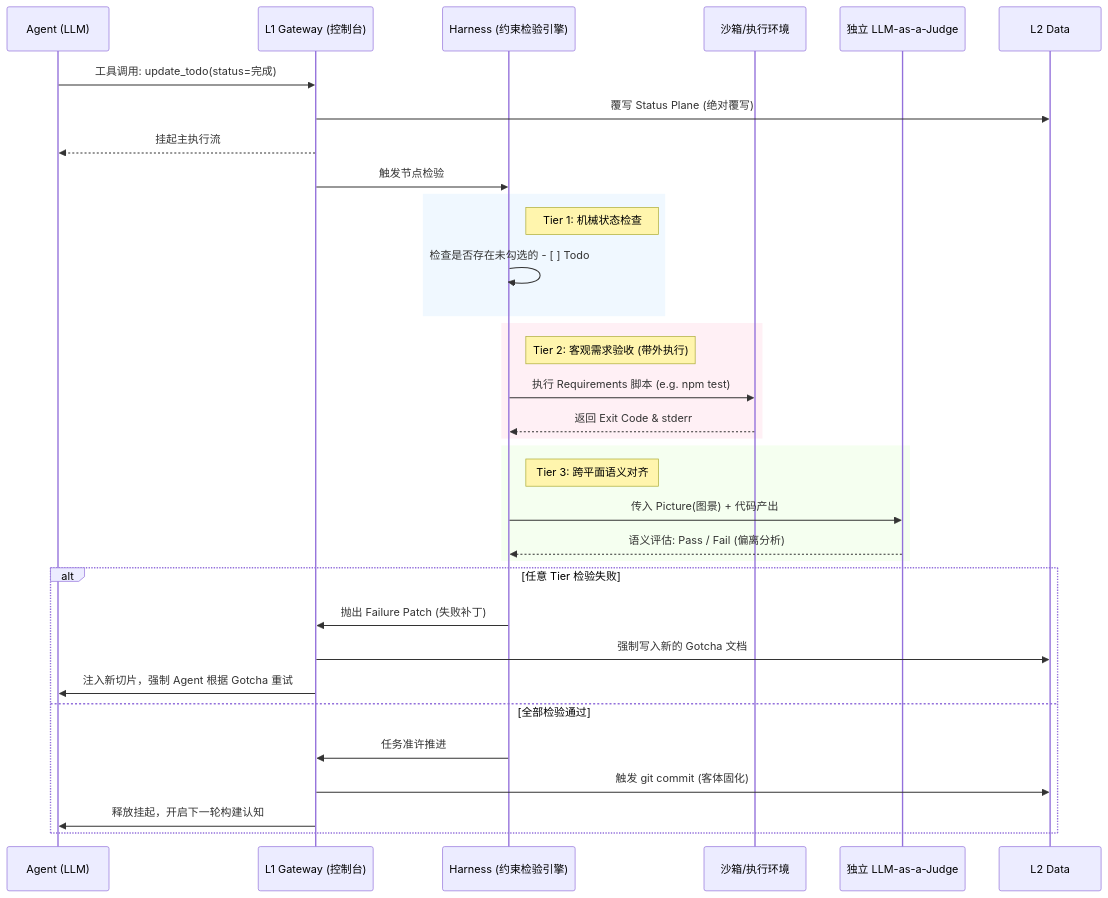
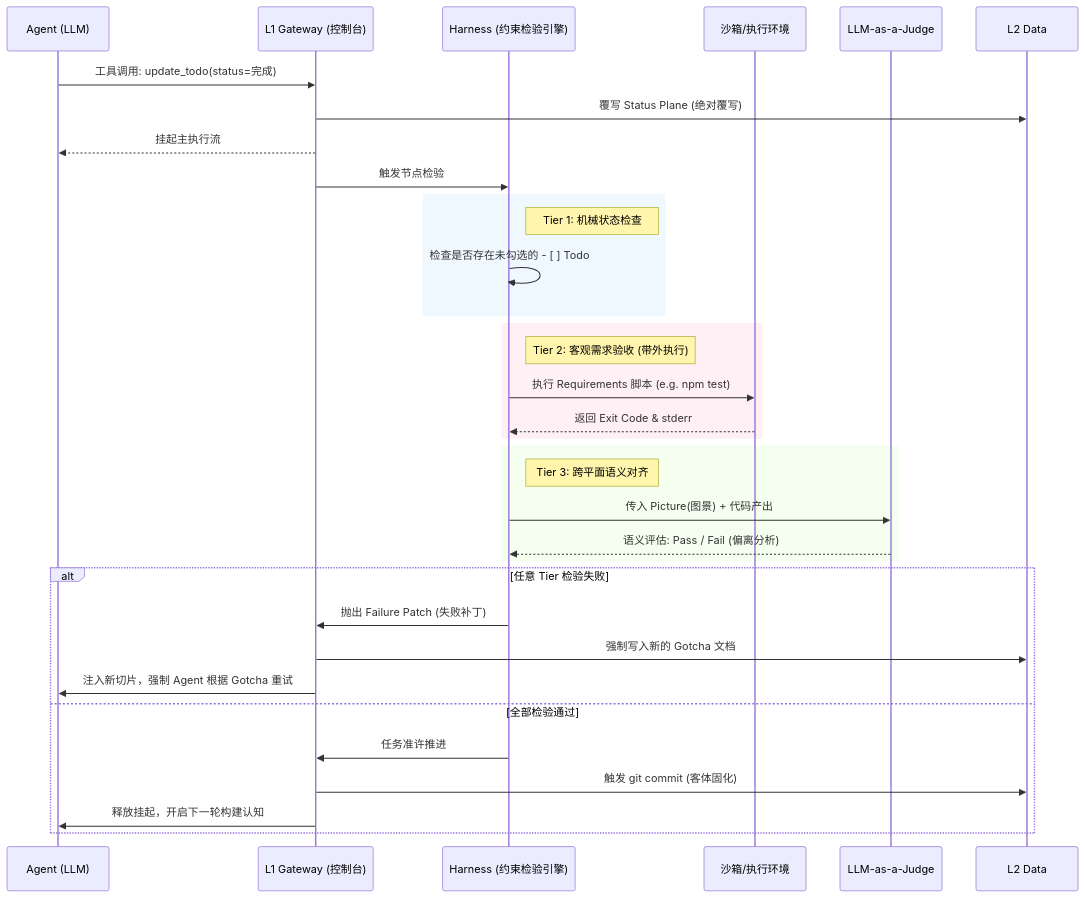
Before and after one commit to Lazyn0tBug/mem0ress: the fourth of 5 diagrams in docs/spec.md, drawn with Mermaid. The commit also changed other lines of this file, not shown here.

````diff
--- a/docs/spec.md
+++ b/docs/spec.md
@@ -361,41 +361,41 @@
 ```mermaid
 %% label：检验认知 (属性驱动的对齐验证)
 sequenceDiagram
     participant LLM as Agent (LLM)
     participant L1 as L1 Gateway (控制台)
     participant Harness as Harness (约束检验引擎)
     participant OS as 沙箱/执行环境
-    participant Judge as 独立 LLM-as-a-Judge
+    participant Judge as LLM-as-a-Judge
 
     LLM->>L1: 工具调用: update_todo(status=完成)
     L1->>L2 Data: 覆写 Status Plane (绝对覆写)
     L1-->>LLM: 挂起主执行流
     L1->>Harness: 触发节点检验
 
     rect rgb(240, 248, 255)
         note right of Harness: Tier 1: 机械状态检查
         Harness->>Harness: 检查是否存在未勾选的 - [ ] Todo
     end
 
     rect rgb(255, 240, 245)
         note right of Harness: Tier 2: 客观需求验收 (带外执行)
         Harness->>OS: 执行 Requirements 脚本 (e.g. npm test)
         OS-->>Harness: 返回 Exit Code & stderr
     end
 
     rect rgb(245, 255, 240)
         note right of Harness: Tier 3: 跨平面语义对齐
         Harness->>Judge: 传入 Picture(图景) + 代码产出
         Judge-->>Harness: 语义评估: Pass / Fail (偏离分析)
     end
 
     alt 任意 Tier 检验失败
         Harness->>L1: 抛出 Failure Patch (失败补丁)
         L1->>L2 Data: 强制写入新的 Gotcha 文档
         L1->>LLM: 注入新切片，强制 Agent 根据 Gotcha 重试
     else 全部检验通过
         Harness->>L1: 任务准许推进
         L1->>L2 Data: 触发 git commit (客体固化)
         L1->>LLM: 释放挂起，开启下一轮构建认知
     end
 ```
````
